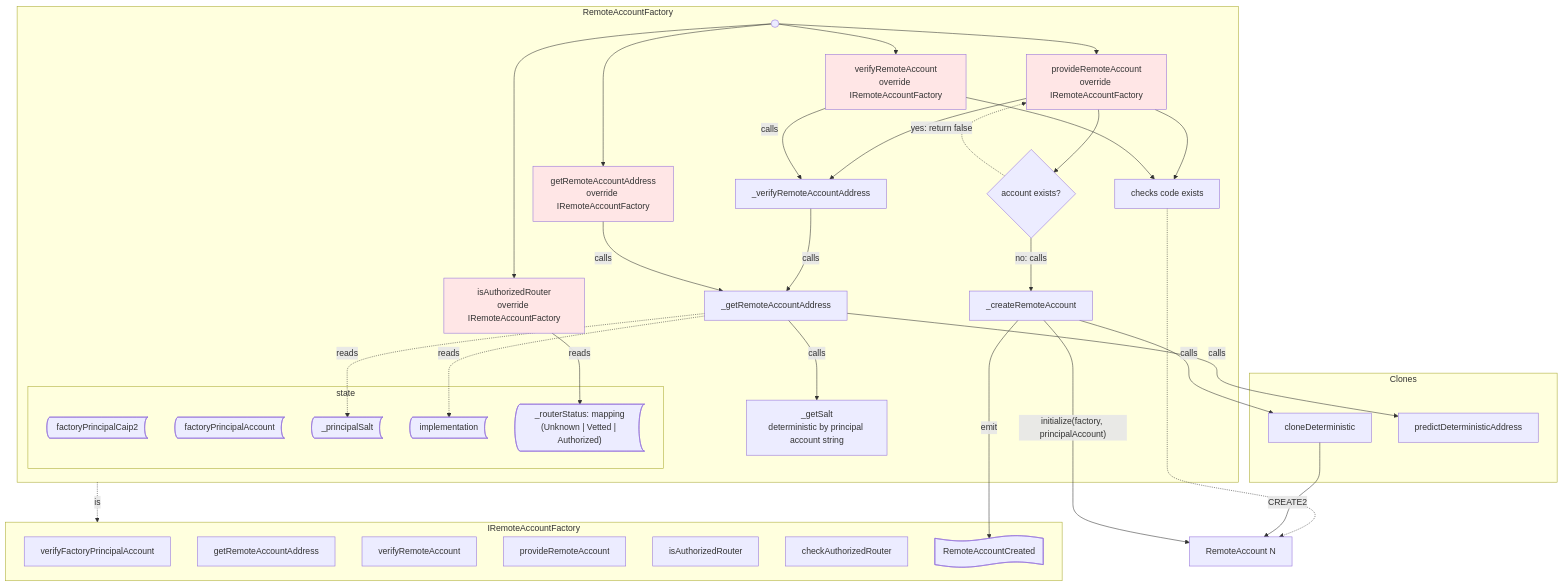
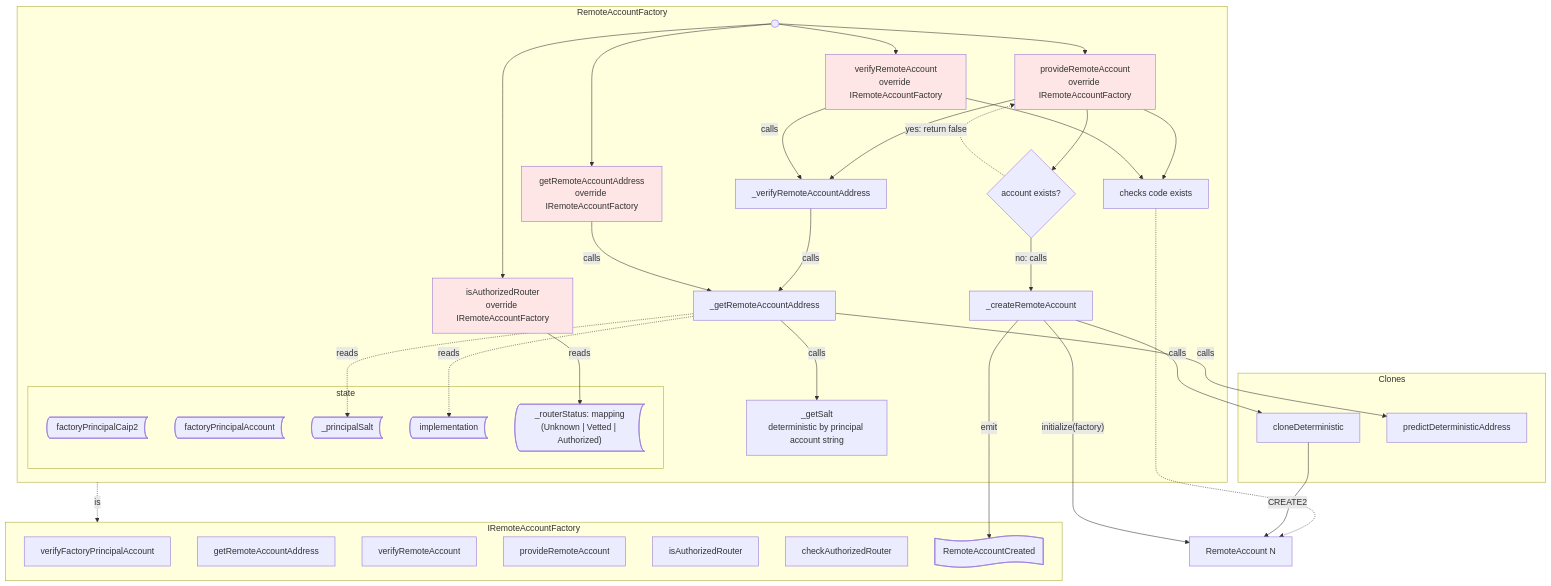
The fifth of 12 diagrams in packages/axelar-local-dev-cosmos/src/contracts/design.md (agoric-labs/agoric-to-axelar-local), drawn with Mermaid before and after one commit. The commit also changed other lines of this file, not shown here.

First line of the commit message:
Revert "chore: fix design doc — update initialize signature and factory constructor diagram"

```diff
--- a/packages/axelar-local-dev-cosmos/src/contracts/design.md
+++ b/packages/axelar-local-dev-cosmos/src/contracts/design.md
@@ -343,7 +341,7 @@
 
     _createRemoteAccount -->|calls| cloneDeterministic
     cloneDeterministic -->|"CREATE2"| RAn
-    _createRemoteAccount -->|"initialize(factory, principalAccount)"| RAn
+    _createRemoteAccount -->|"initialize(factory)"| RAn
     _createRemoteAccount -->|"emit"| RemoteAccountCreated
 
     getRemoteAccountAddress -->|calls| _getRemoteAccountAddress
```
